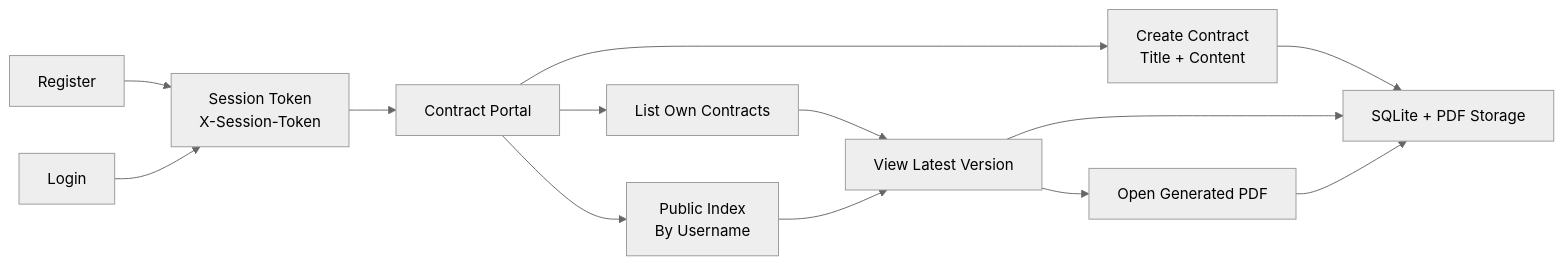
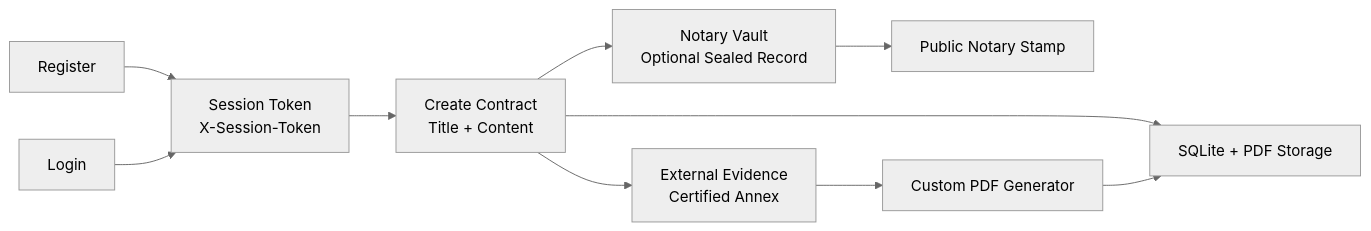
Before and after one commit to enowars/enowars10-service-SignMeMaybe: the diagram in README.md, drawn with Mermaid (neutral theme). The commit also changed other lines of this file and 22 other files, not shown here.

````diff
--- a/README.md
+++ b/README.md
@@ -57,26 +55,22 @@
 ```mermaid
 graph LR
     Register[Register]
     Login[Login]
     Session["Session Token<br>X-Session-Token"]
-    Portal[Contract Portal]
     Create["Create Contract<br>Title + Content"]
-    List["List Own Contracts"]
-    Public["Public Index<br>By Username"]
-    Latest["View Latest Version"]
-    Pdf["Open Generated PDF"]
+    Vault["Notary Vault<br>Optional Sealed Record"]
+    Stamp["Public Notary Stamp"]
+    Annex["External Evidence<br>Certified Annex"]
+    Pdf["Custom PDF Generator"]
     Storage["SQLite + PDF Storage"]
 
     Register --> Session
     Login --> Session
-    Session --> Portal
-    Portal --> Create
-    Portal --> List
-    Portal --> Public
-    List --> Latest
-    Public --> Latest
-    Latest --> Pdf
+    Session --> Create
     Create --> Storage
-    Latest --> Storage
+    Create --> Vault
+    Vault --> Stamp
+    Create --> Annex
+    Annex --> Pdf
     Pdf --> Storage
 ```
````
